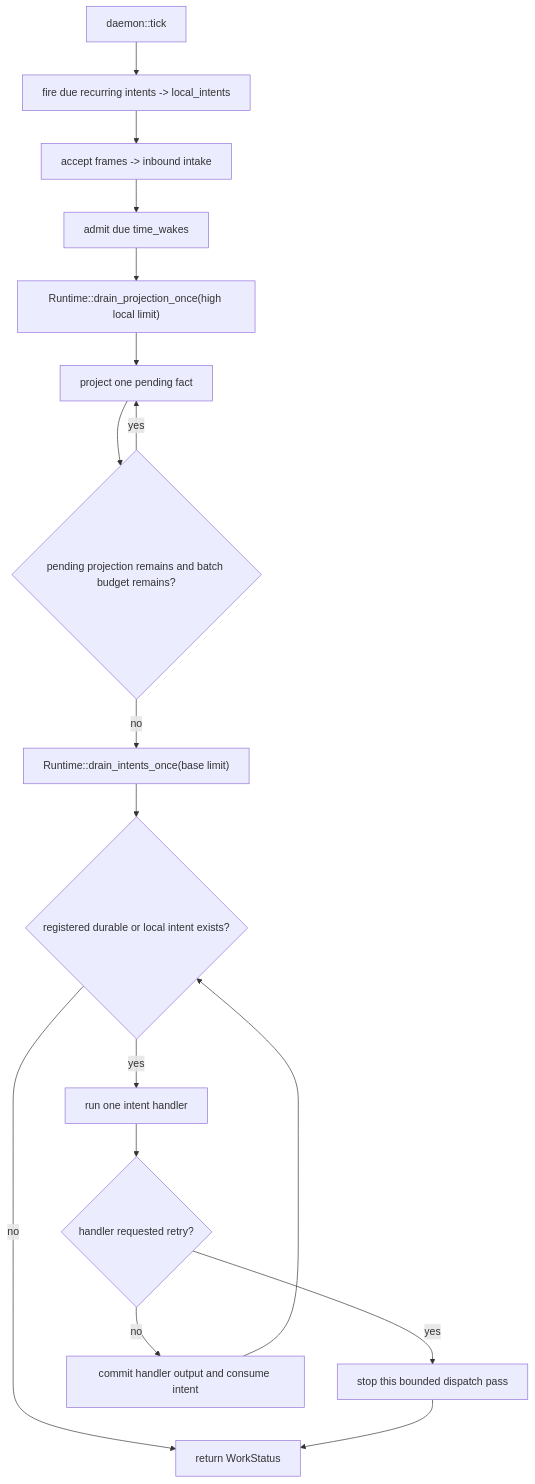
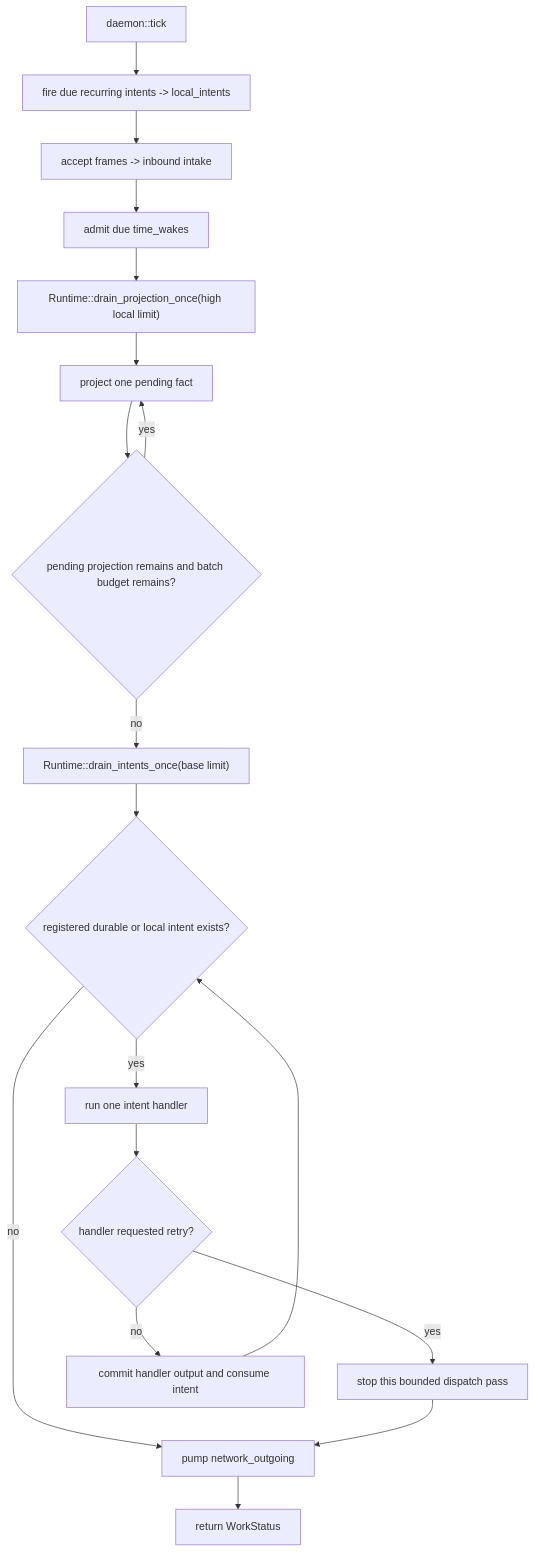
The second of 5 diagrams in ARCHITECTURE_DIAGRAMS_ALT.md (holmesworcester/poc-10), drawn with Mermaid before and after one commit. The commit also changed other lines of this file and 14 other files, not shown here.

Commit message:
docs: correct architecture diagrams and context naming

````diff
--- a/ARCHITECTURE_DIAGRAMS_ALT.md
+++ b/ARCHITECTURE_DIAGRAMS_ALT.md
@@ -48,21 +52,22 @@
 ```mermaid
 %%{init: {"flowchart": {"wrappingWidth": 300}} }%%
 flowchart TD
     START["daemon::tick"] --> RECUR["fire due recurring intents -> local_intents"]
     RECUR --> INBOUND["accept frames -> inbound intake"]
     INBOUND --> TIME["admit due time_wakes"]
     TIME --> PRE_PROJECT["Runtime::drain_projection_once(high local limit)"]
     PRE_PROJECT --> PROJECT_ONE["project one pending fact"]
     PROJECT_ONE --> MORE_PROJECTION{"pending projection remains and batch budget remains?"}
     MORE_PROJECTION -- yes --> PROJECT_ONE
     MORE_PROJECTION -- no --> DISPATCH["Runtime::drain_intents_once(base limit)"]
 
     DISPATCH --> NEXT_INTENT{"registered durable or local intent exists?"}
     NEXT_INTENT -- yes --> HANDLER["run one intent handler"]
     HANDLER --> RETRY{"handler requested retry?"}
     RETRY -- yes --> STOP_DISPATCH["stop this bounded dispatch pass"]
     RETRY -- no --> COMMIT_HANDLER["commit handler output and consume intent"]
     COMMIT_HANDLER --> NEXT_INTENT
-    NEXT_INTENT -- no --> DONE["return WorkStatus"]
-    STOP_DISPATCH --> DONE
+    NEXT_INTENT -- no --> PUMP["pump network_outgoing"]
+    STOP_DISPATCH --> PUMP
+    PUMP --> DONE["return WorkStatus"]
 ```
````
